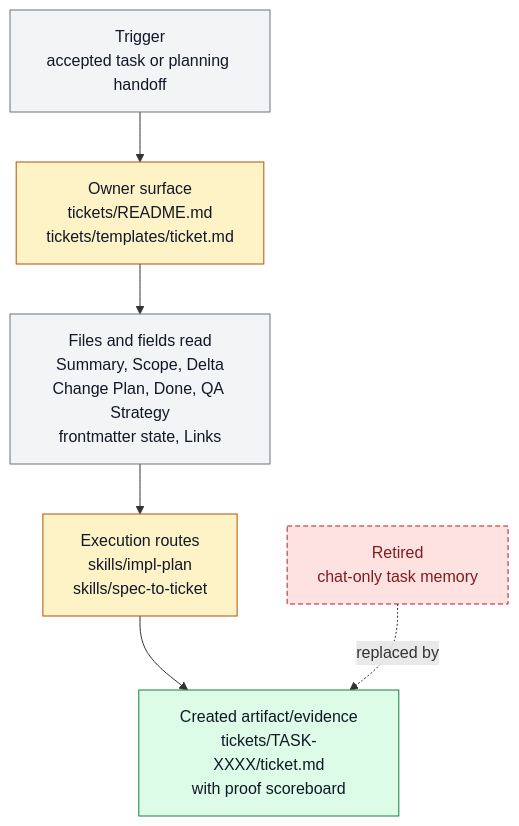
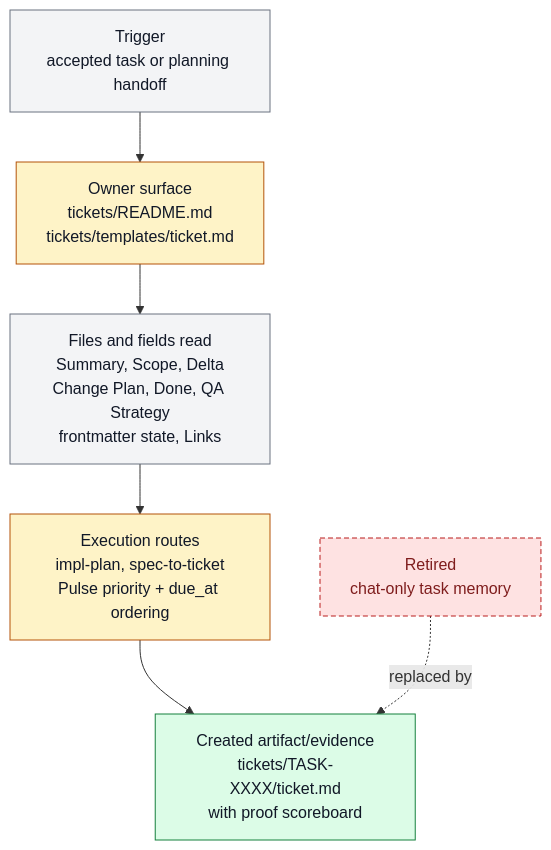
One commit to ZanarkandTechnologies/Farplane changed the diagram in docs/features/FEAT-0007-ticket-as-durable-task-memory.md. Above: the diagram before and after it, drawn with Mermaid. The commit also changed other lines of this file and 374 other files, not shown here.

````diff
--- a/docs/features/FEAT-0007-ticket-as-durable-task-memory.md
+++ b/docs/features/FEAT-0007-ticket-as-durable-task-memory.md
@@ -118,17 +123,17 @@
 ```mermaid
 flowchart TD
   classDef keep fill:#f3f4f6,stroke:#6b7280,color:#111827
   classDef changed fill:#fef3c7,stroke:#b45309,color:#111827
   classDef added fill:#dcfce7,stroke:#15803d,color:#111827
   classDef retired fill:#fee2e2,stroke:#b91c1c,color:#7f1d1d,stroke-dasharray: 5 3
 
   trigger["Trigger<br/>accepted task or planning handoff"]:::keep
   owner["Owner surface<br/>tickets/README.md<br/>tickets/templates/ticket.md"]:::changed
   readers["Files and fields read<br/>Summary, Scope, Delta<br/>Change Plan, Done, QA Strategy<br/>frontmatter state, Links"]:::keep
-  routes["Execution routes<br/>skills/impl-plan<br/>skills/spec-to-ticket"]:::changed
+  routes["Execution routes<br/>impl-plan, spec-to-ticket<br/>Pulse priority + due_at ordering"]:::changed
   artifact["Created artifact/evidence<br/>tickets/TASK-XXXX/ticket.md<br/>with proof scoreboard"]:::added
   old["Retired<br/>chat-only task memory"]:::retired
 
   trigger --> owner --> readers --> routes --> artifact
   old -. replaced by .-> artifact
 ```
````
